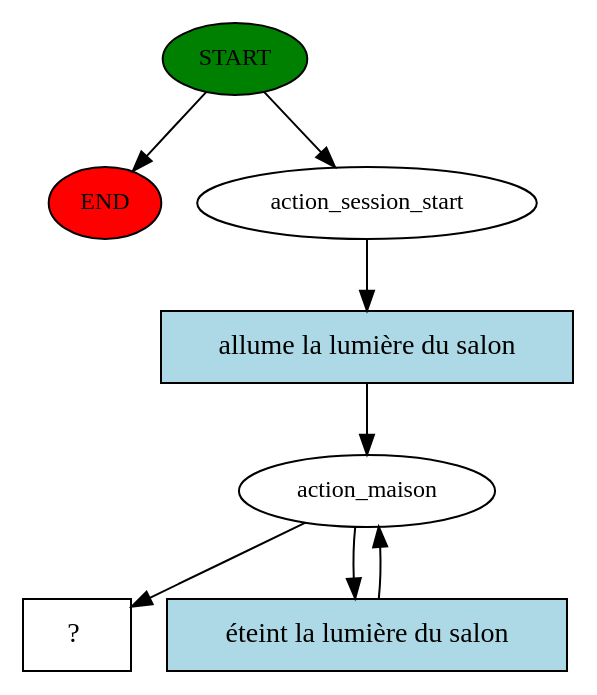
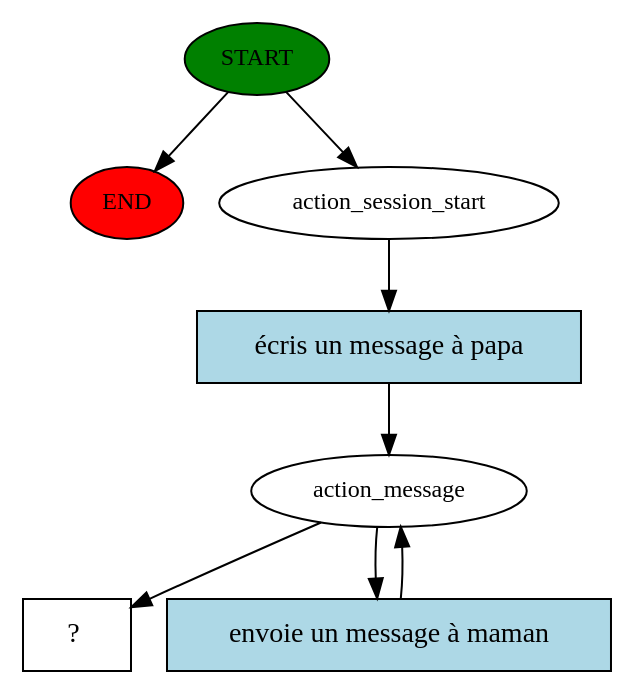
The diagram in rasa_chatbot/story_graph.dot (AlexandreLanglade/interaction_chatbot), drawn with Graphviz before and after one commit. The commit also changed 14 other files, not shown here.

```diff
--- a/rasa_chatbot/story_graph.dot
+++ b/rasa_chatbot/story_graph.dot
@@ -1,16 +1,16 @@
 digraph  {
 0 [class="start active", fillcolor=green, fontsize=12, label=START, style=filled];
 "-1" [class=end, fillcolor=red, fontsize=12, label=END, style=filled];
 1 [class=active, fontsize=12, label=action_session_start];
-2 [class=active, fontsize=12, label=action_maison];
+2 [class=active, fontsize=12, label=action_message];
 5 [class="intent dashed active", label="  ?  ", shape=rect];
-6 [class="intent active", fillcolor=lightblue, label="allume la lumière du salon", shape=rect, style=filled];
-7 [class="intent active", fillcolor=lightblue, label="éteint la lumière du salon", shape=rect, style=filled];
+6 [class="intent active", fillcolor=lightblue, label="écris un message à papa", shape=rect, style=filled];
+7 [class="intent active", fillcolor=lightblue, label="envoie un message à maman", shape=rect, style=filled];
 0 -> "-1"  [class="", key=NONE, label=""];
 0 -> 1  [class=active, key=NONE, label=""];
 1 -> 6  [class=active, key=0];
 2 -> 5  [class=active, key=NONE, label=""];
 2 -> 7  [class=active, key=0];
 6 -> 2  [class=active, key=0];
 7 -> 2  [class=active, key=0];
 }
```
